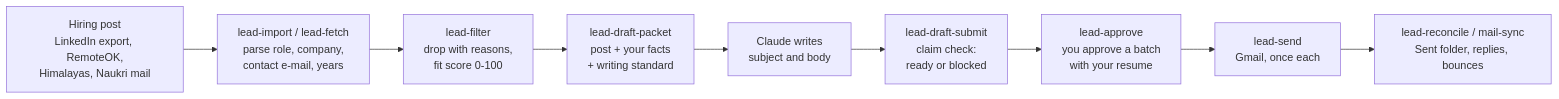
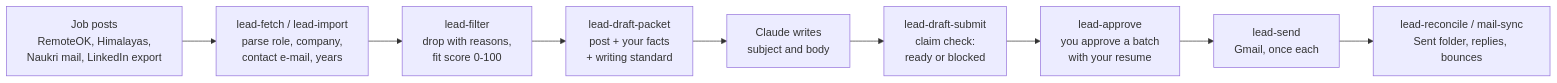
Before and after one commit to mdshahansha/groundwork-jobs: the diagram in .codex-marketplace/linkedin-skills/README.md, drawn with Mermaid. The commit also changed other lines of this file and 5 other files, not shown here.

First line of the commit message:
docs: README leads with the job pipeline and lead-fetch sources (v1.1.90)

````diff
--- a/.codex-marketplace/linkedin-skills/README.md
+++ b/.codex-marketplace/linkedin-skills/README.md
@@ -140,11 +102,11 @@
 ```mermaid
 flowchart LR
-    A[Hiring post<br/>LinkedIn export, RemoteOK,<br/>Himalayas, Naukri mail] --> B[lead-import / lead-fetch<br/>parse role, company,<br/>contact e-mail, years]
+    A[Job posts<br/>RemoteOK, Himalayas,<br/>Naukri mail, LinkedIn export] --> B[lead-fetch / lead-import<br/>parse role, company,<br/>contact e-mail, years]
     B --> C[lead-filter<br/>drop with reasons,<br/>fit score 0-100]
     C --> D[lead-draft-packet<br/>post + your facts<br/>+ writing standard]
     D --> E[Claude writes<br/>subject and body]
     E --> F[lead-draft-submit<br/>claim check:<br/>ready or blocked]
     F --> G[lead-approve<br/>you approve a batch<br/>with your resume]
     G --> H[lead-send<br/>Gmail, once each]
     H --> I[lead-reconcile / mail-sync<br/>Sent folder, replies, bounces]
 ```
````
